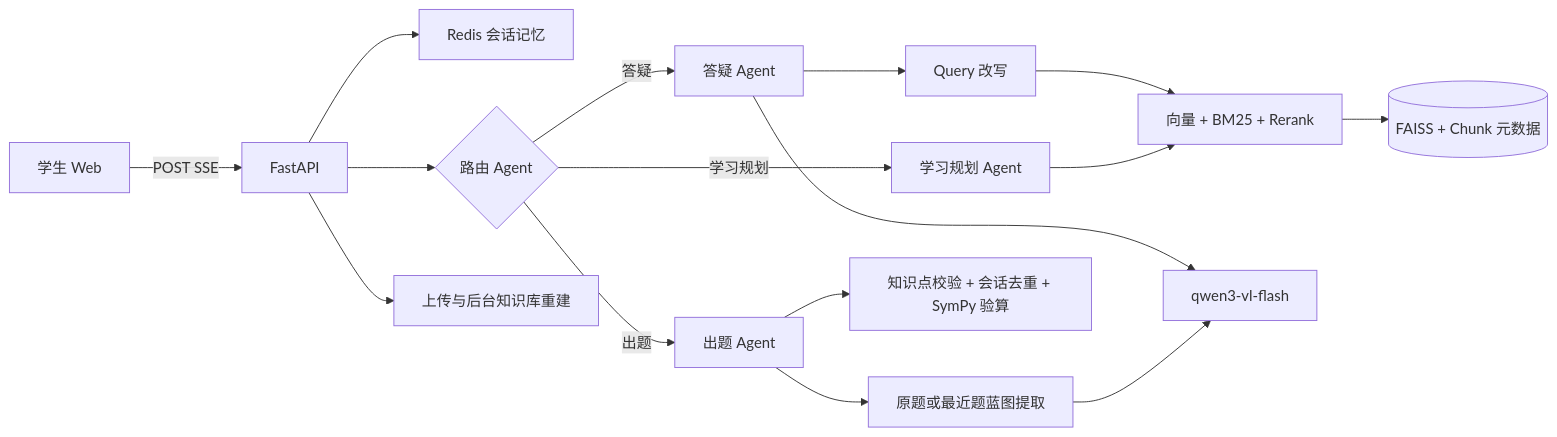
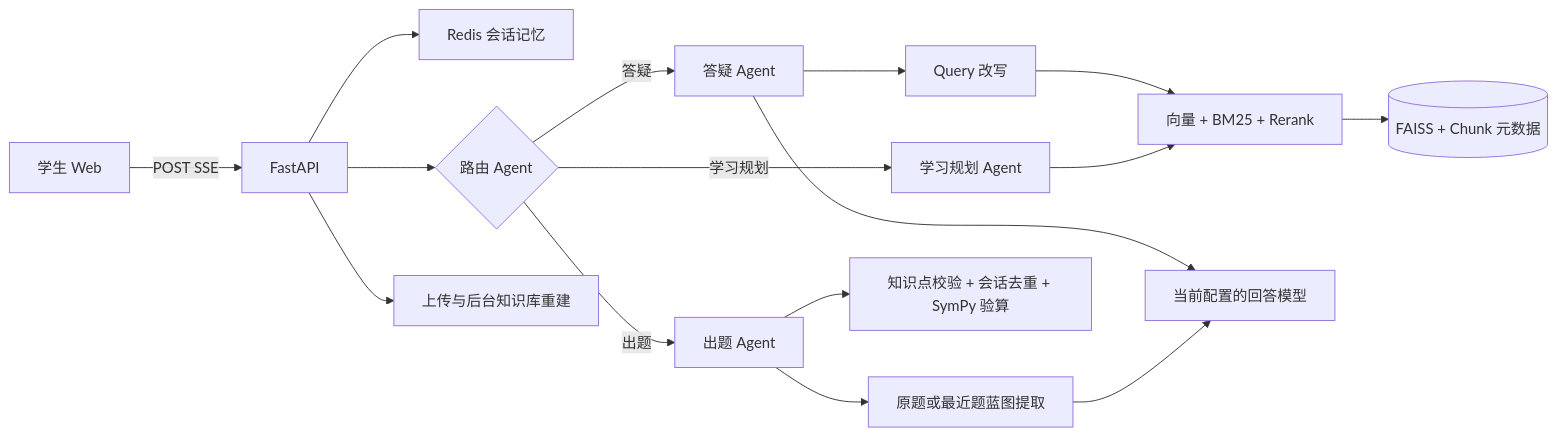
Before and after one commit to Jason-W-js/AI-Teaching-Assistant: the diagram in README.md, drawn with Mermaid. The commit also changed other lines of this file and 8 other files, not shown here.

````diff
--- a/README.md
+++ b/README.md
@@ -46,18 +46,18 @@
 ```mermaid
 flowchart LR
   S[学生 Web] -->|POST SSE| API[FastAPI]
   API --> M[Redis 会话记忆]
   API --> R{路由 Agent}
   R -->|答疑| A[答疑 Agent]
   R -->|出题| Q[出题 Agent]
   R -->|学习规划| LP[学习规划 Agent]
   A --> W[Query 改写]
   Q --> K[原题或最近题蓝图提取]
   W --> H[向量 + BM25 + Rerank]
   H --> V[(FAISS + Chunk 元数据)]
   LP --> H
-  A --> L[qwen3-vl-flash]
+  A --> L[当前配置的回答模型]
   K --> L
   Q --> P[知识点校验 + 会话去重 + SymPy 验算]
   API --> U[上传与后台知识库重建]
 ```
````
